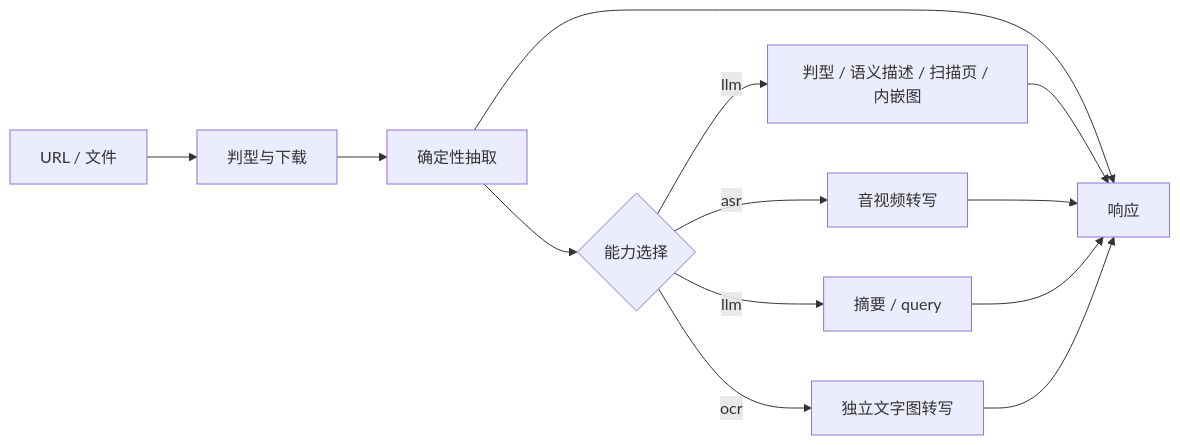
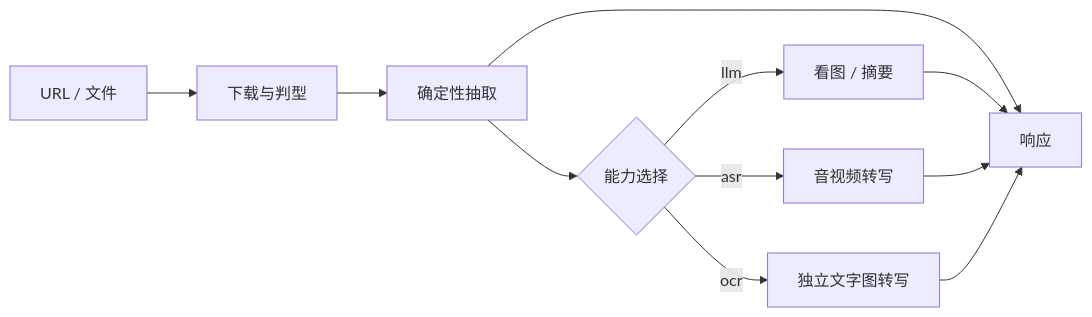
One commit to moye233057/anyurl2text changed the diagram in README.md. Above: the diagram before and after it, drawn with Mermaid. The commit also changed other lines of this file and 42 other files, not shown here.

First line of the commit message:
docs: 把 docs 收成 adr / history / architecture / pipelines 四份

````diff
--- a/README.md
+++ b/README.md
@@ -141,15 +110,13 @@
 ```mermaid
 flowchart LR
-    A["URL / 文件"] --> B["判型与下载"]
+    A["URL / 文件"] --> B["下载与判型"]
     B --> C["确定性抽取"]
     C --> D{"能力选择"}
-    D -->|llm| E["判型 / 语义描述 / 扫描页 / 内嵌图"]
+    D -->|llm| E["看图 / 摘要"]
     D -->|ocr| I["独立文字图转写"]
     D -->|asr| F["音视频转写"]
-    D -->|llm| G["摘要 / query"]
     C --> H["响应"]
     E --> H
     F --> H
-    G --> H
     I --> H
 ```
````
